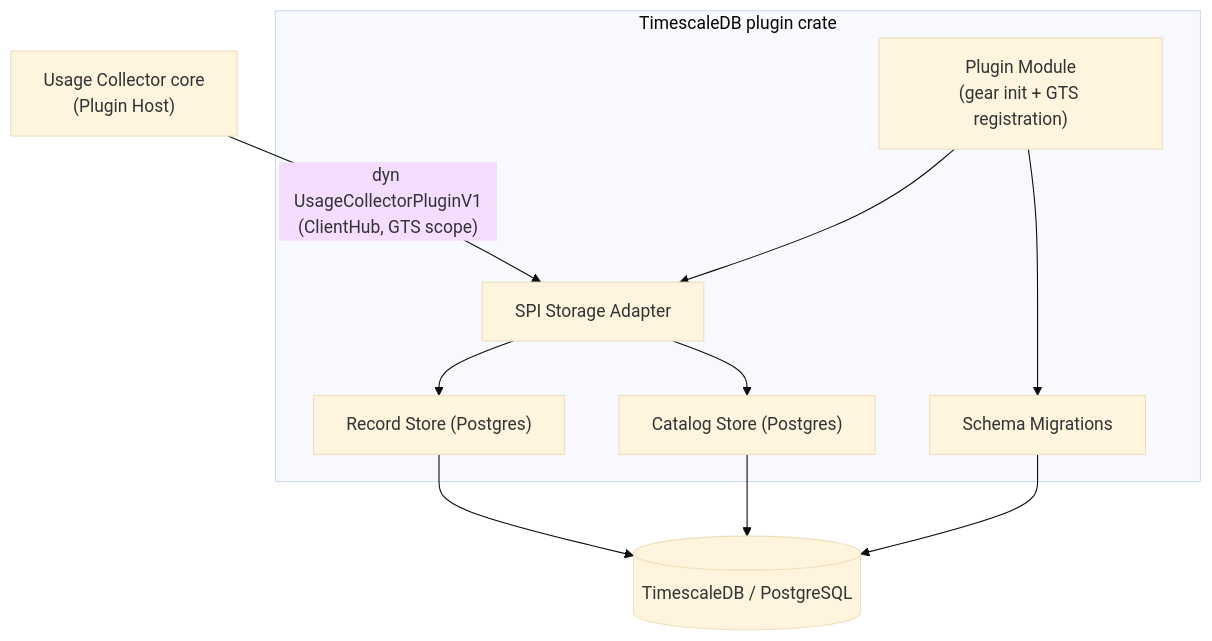
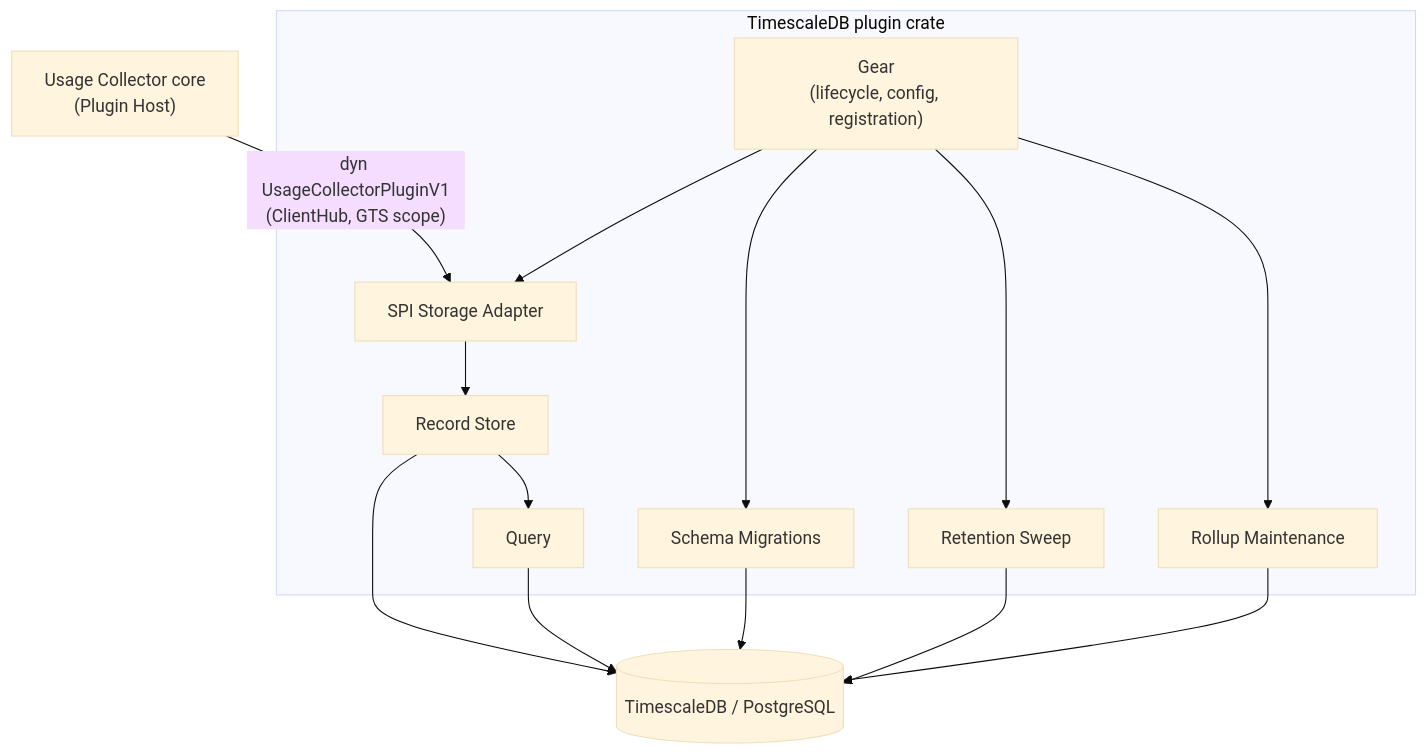
The first of 11 diagrams in gears/system/usage-collector/plugins/timescaledb-usage-collector-plugin/docs/DESIGN.md (Andrei-Iliushin-Constructor/gears-rust), drawn with Mermaid (base theme) before and after one commit. The commit also changed other lines of this file and 38 other files, not shown here.

````diff
--- a/gears/system/usage-collector/plugins/timescaledb-usage-collector-plugin/docs/DESIGN.md
+++ b/gears/system/usage-collector/plugins/timescaledb-usage-collector-plugin/docs/DESIGN.md
@@ -108,13 +101,17 @@
 ```mermaid
 graph TD
     Host["Usage Collector core<br/>(Plugin Host)"] -->|"dyn UsageCollectorPluginV1<br/>(ClientHub, GTS scope)"| Adapter
     subgraph Plugin["TimescaleDB plugin crate"]
-        Module["Plugin Module<br/>(gear init + GTS registration)"] --> Adapter["SPI Storage Adapter"]
-        Adapter --> Record["Record Store (Postgres)"]
-        Adapter --> Catalog["Catalog Store (Postgres)"]
-        Module --> Migrations["Schema Migrations"]
+        Gear["Gear<br/>(lifecycle, config, registration)"] --> Adapter["SPI Storage Adapter"]
+        Adapter --> Record["Record Store"]
+        Record --> Query["Query"]
+        Gear --> Migrations["Schema Migrations"]
+        Gear --> Retention["Retention Sweep"]
+        Gear --> Rollup["Rollup Maintenance"]
     end
     Record --> DB[("TimescaleDB / PostgreSQL")]
-    Catalog --> DB
+    Query --> DB
     Migrations --> DB
+    Retention --> DB
+    Rollup --> DB
 ```
````
